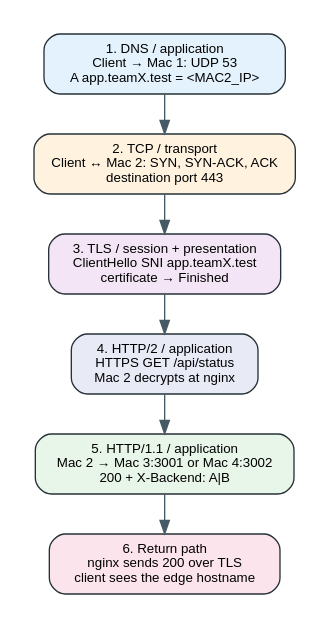
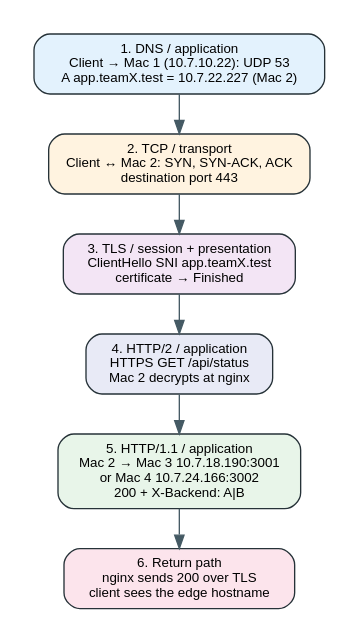
One commit to HusainNST/CN changed the diagram in 01_architecture/request_flow.dot. Above: the diagram before and after it, drawn with Graphviz. The commit also changed 22 other files, not shown here.

First line of the commit message:
docs(phase1): move edge, IP table and diagrams to Rishihood Learners LAN

```diff
--- a/01_architecture/request_flow.dot
+++ b/01_architecture/request_flow.dot
@@ -1,14 +1,14 @@
 digraph request_flow {
     graph [rankdir=TB, bgcolor="white", pad="0.25", nodesep="0.30", ranksep="0.42"];
     node [shape=box, style="rounded,filled", fontname="Helvetica", fontsize=10, margin="0.15,0.08", color="#263238"];
     edge [fontname="Helvetica", fontsize=9, color="#455a64"];
 
-    dns [label="1. DNS / application\nClient → Mac 1: UDP 53\nA app.teamX.test = <MAC2_IP>", fillcolor="#e3f2fd"];
+    dns [label="1. DNS / application\nClient → Mac 1 (10.7.10.22): UDP 53\nA app.teamX.test = 10.7.22.227 (Mac 2)", fillcolor="#e3f2fd"];
     tcp [label="2. TCP / transport\nClient ↔ Mac 2: SYN, SYN-ACK, ACK\ndestination port 443", fillcolor="#fff3e0"];
     tls [label="3. TLS / session + presentation\nClientHello SNI app.teamX.test\ncertificate → Finished", fillcolor="#f3e5f5"];
     edge_http [label="4. HTTP/2 / application\nHTTPS GET /api/status\nMac 2 decrypts at nginx", fillcolor="#e8eaf6"];
-    backend [label="5. HTTP/1.1 / application\nMac 2 → Mac 3:3001 or Mac 4:3002\n200 + X-Backend: A|B", fillcolor="#e8f5e9"];
+    backend [label="5. HTTP/1.1 / application\nMac 2 → Mac 3 10.7.18.190:3001\nor Mac 4 10.7.24.166:3002\n200 + X-Backend: A|B", fillcolor="#e8f5e9"];
     response [label="6. Return path\nnginx sends 200 over TLS\nclient sees the edge hostname", fillcolor="#fce4ec"];
 
     dns -> tcp -> tls -> edge_http -> backend -> response;
 }
```
